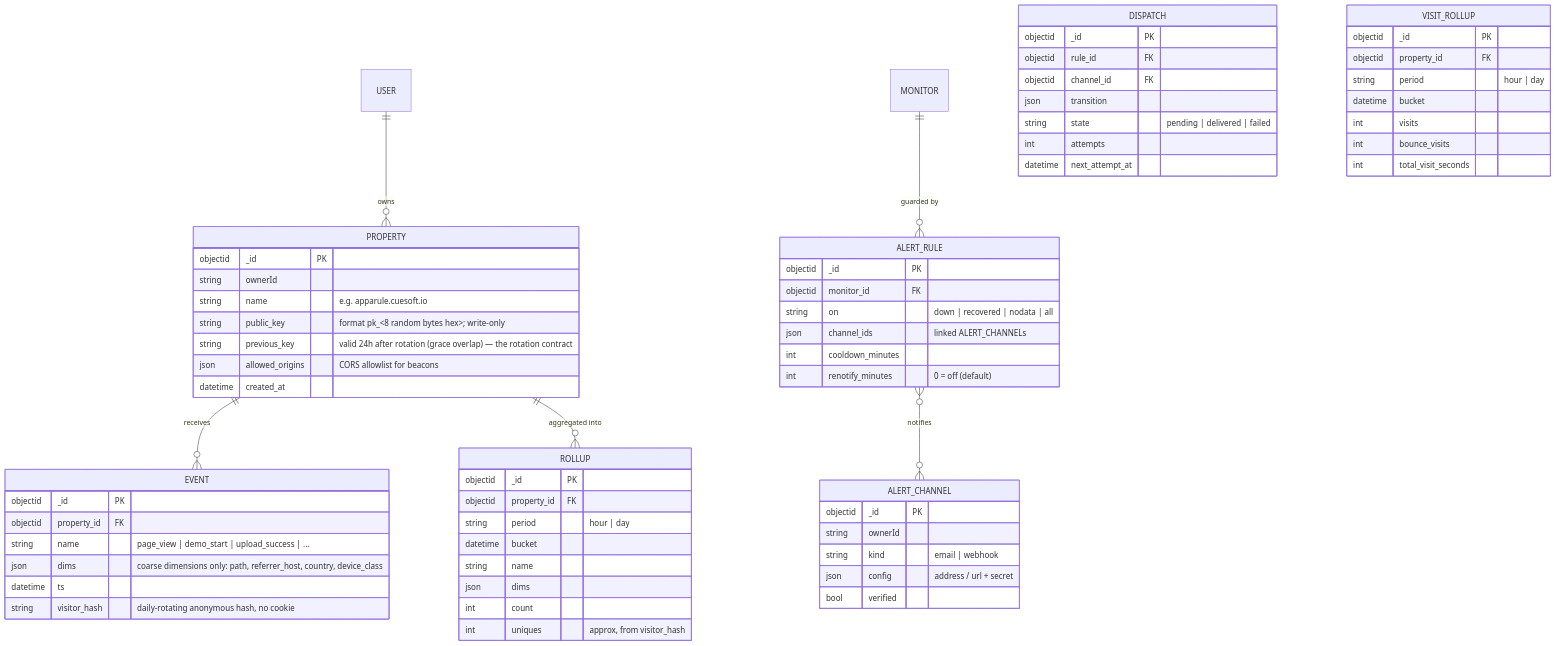
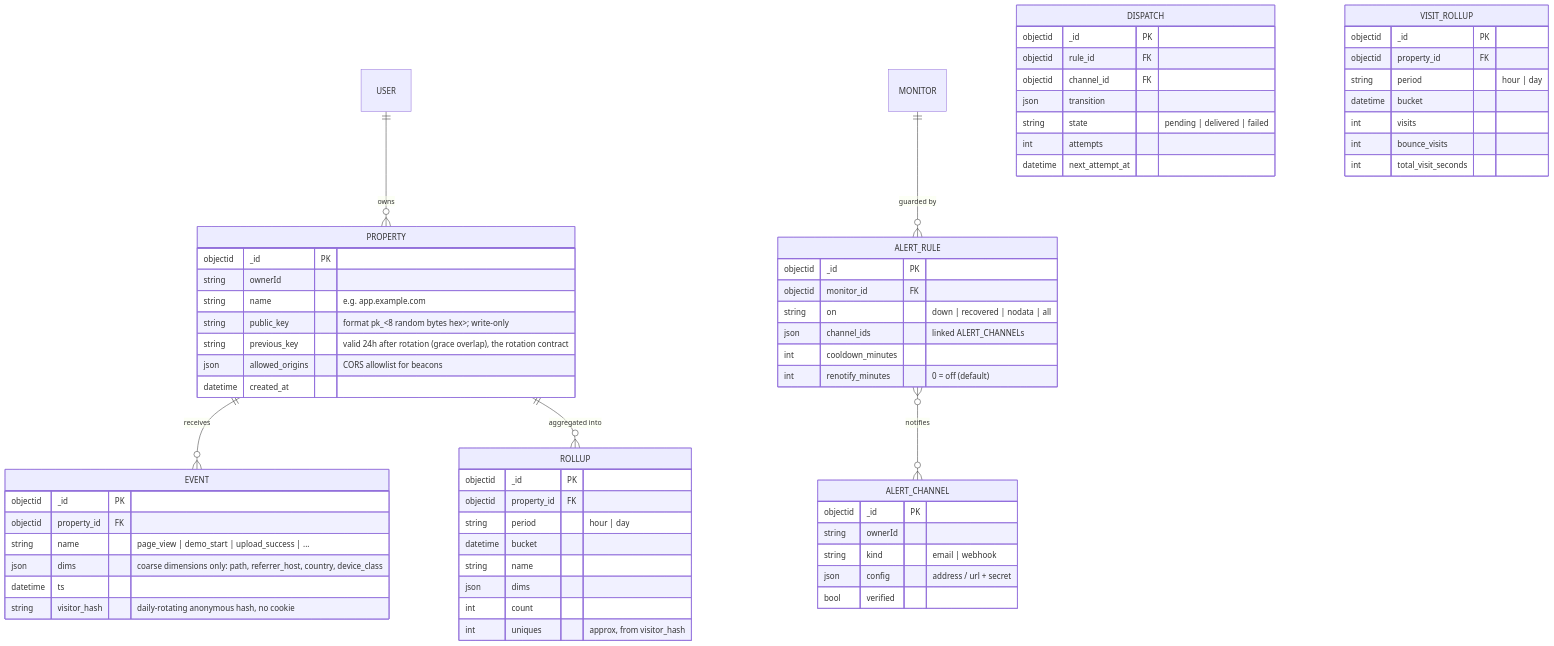
One commit to cuesoftinc/upstat changed the second of 3 diagrams in docs/data-model.md. Above: the diagram before and after it, drawn with Mermaid. The commit also changed other lines of this file and 24 other files, not shown here.

````diff
--- a/docs/data-model.md
+++ b/docs/data-model.md
@@ -78,69 +78,69 @@
 ```mermaid
 erDiagram
     USER ||--o{ PROPERTY : owns
     PROPERTY ||--o{ EVENT : receives
     PROPERTY ||--o{ ROLLUP : "aggregated into"
     MONITOR ||--o{ ALERT_RULE : "guarded by"
     ALERT_RULE }o--o{ ALERT_CHANNEL : notifies
 
     PROPERTY {
         objectid _id PK
         string ownerId
-        string name "e.g. apparule.cuesoft.io"
+        string name "e.g. app.example.com"
         string public_key "format pk_<8 random bytes hex>; write-only"
-        string previous_key "valid 24h after rotation (grace overlap) — the rotation contract"
+        string previous_key "valid 24h after rotation (grace overlap), the rotation contract"
         json allowed_origins "CORS allowlist for beacons"
         datetime created_at
     }
     EVENT {
         objectid _id PK
         objectid property_id FK
         string name "page_view | demo_start | upload_success | ..."
         json dims "coarse dimensions only: path, referrer_host, country, device_class"
         datetime ts
         string visitor_hash "daily-rotating anonymous hash, no cookie"
     }
     ROLLUP {
         objectid _id PK
         objectid property_id FK
         string period "hour | day"
         datetime bucket
         string name
         json dims
         int count
         int uniques "approx, from visitor_hash"
     }
     ALERT_RULE {
         objectid _id PK
         objectid monitor_id FK
         string on "down | recovered | nodata | all"
         json channel_ids "linked ALERT_CHANNELs"
         int cooldown_minutes
         int renotify_minutes "0 = off (default)"
     }
     DISPATCH {
         objectid _id PK
         objectid rule_id FK
         objectid channel_id FK
         json transition
         string state "pending | delivered | failed"
         int attempts
         datetime next_attempt_at
     }
     VISIT_ROLLUP {
         objectid _id PK
         objectid property_id FK
         string period "hour | day"
         datetime bucket
         int visits
         int bounce_visits
         int total_visit_seconds
     }
     ALERT_CHANNEL {
         objectid _id PK
         string ownerId
         string kind "email | webhook"
         json config "address / url + secret"
         bool verified
     }
 ```
````
